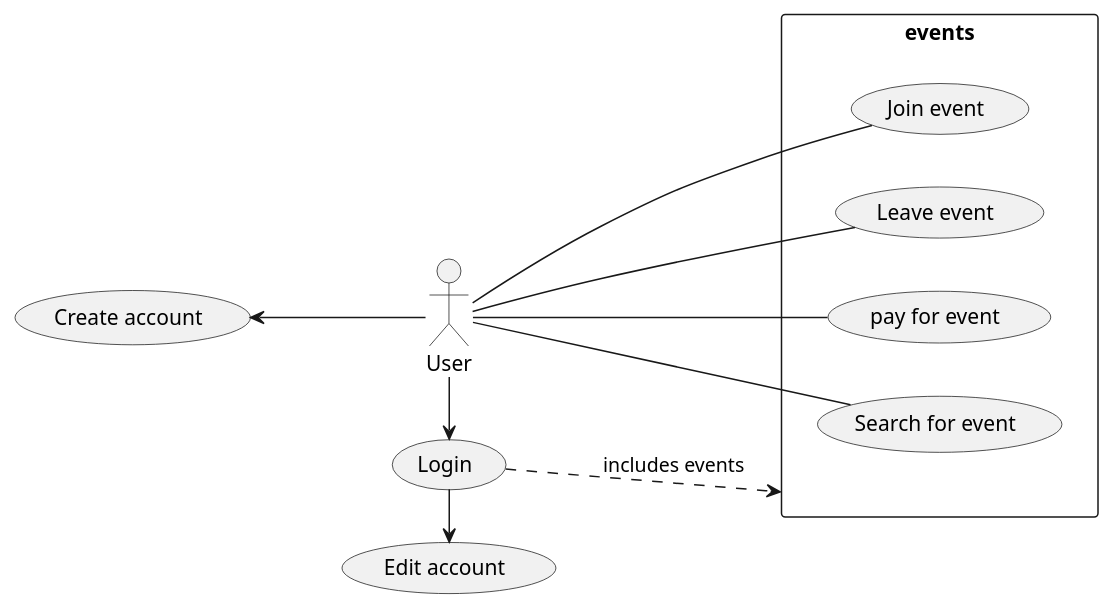
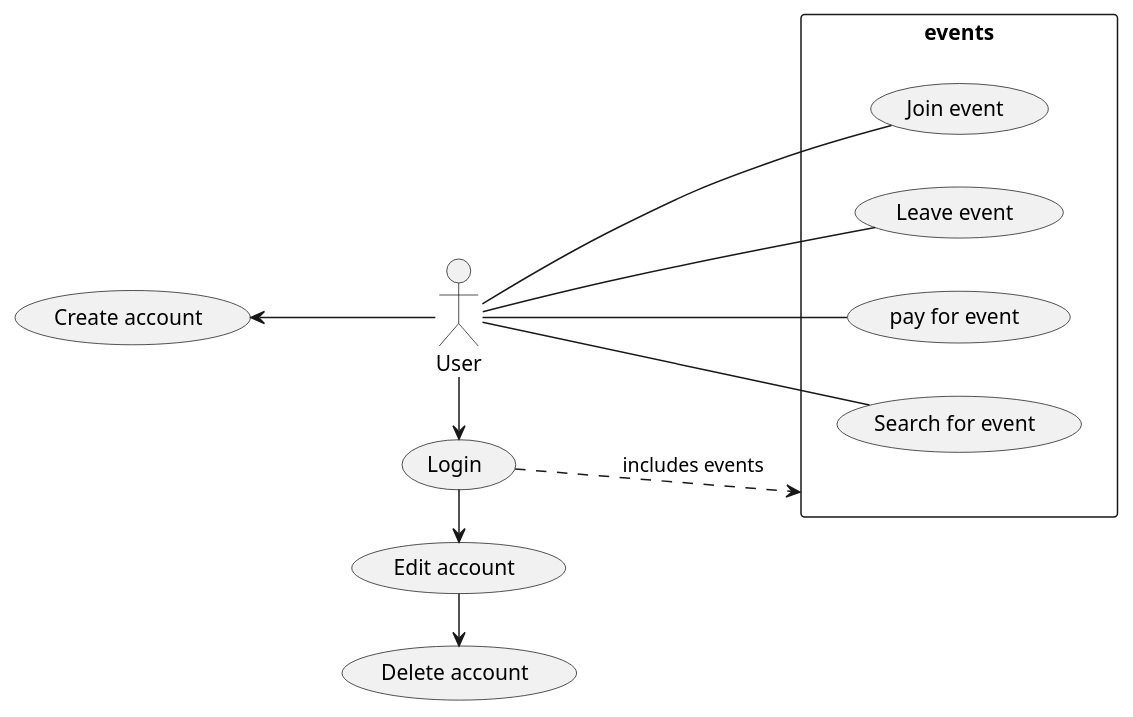
One commit to simenvl/software-engineering_g12 changed the diagram in src/no/ticket/Charts/User Usecase.puml. Above: the diagram before and after it, drawn with PlantUML. The commit also changed 9 other files, not shown here.

```diff
--- a/src/no/ticket/Charts/User Usecase.puml
+++ b/src/no/ticket/Charts/User Usecase.puml
@@ -1,18 +1,19 @@
 @startuml
 
 left to right direction
 skinparam packageStyle rectangle
 actor User
 User -> (Login)
 (Login) .> events : includes events
 User -up-> (Create account)
 
 (Login) -> (Edit account)
+(Edit account) -> (Delete account)
 
 rectangle events {
   User -- (Join event)
   User -- (Leave event)
   User -- (pay for event)
   User -- (Search for event)
 }
 @enduml
```
